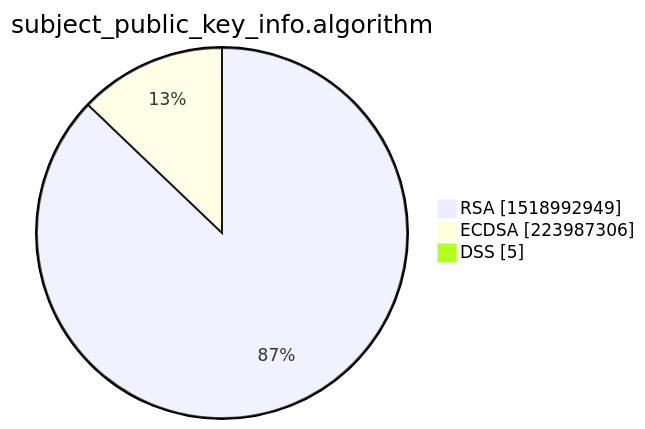
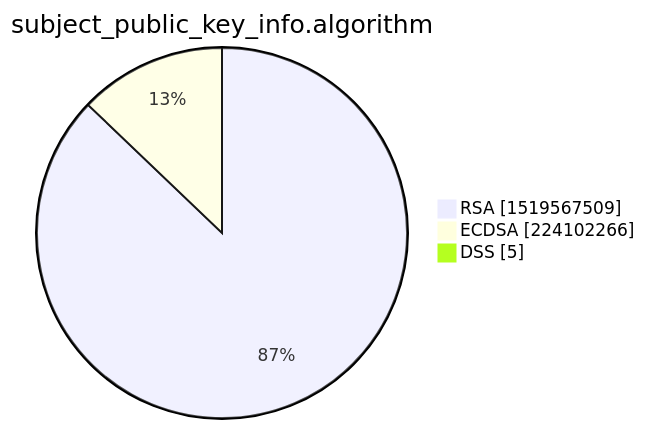
One commit to christiankrug/ctmonitor_visualization changed the third of 15 diagrams in xenon2022/README.md. Above: the diagram before and after it, drawn with Mermaid. The commit also changed other lines of this file, not shown here.

````diff
--- a/xenon2022/README.md
+++ b/xenon2022/README.md
@@ -14,7 +14,7 @@
 ```mermaid
 pie showData
 title subject_public_key_info.algorithm
-"RSA" :1518992949
-"ECDSA" :223987306
+"RSA" :1519567509
+"ECDSA" :224102266
 "DSS" :5
 ```
````
